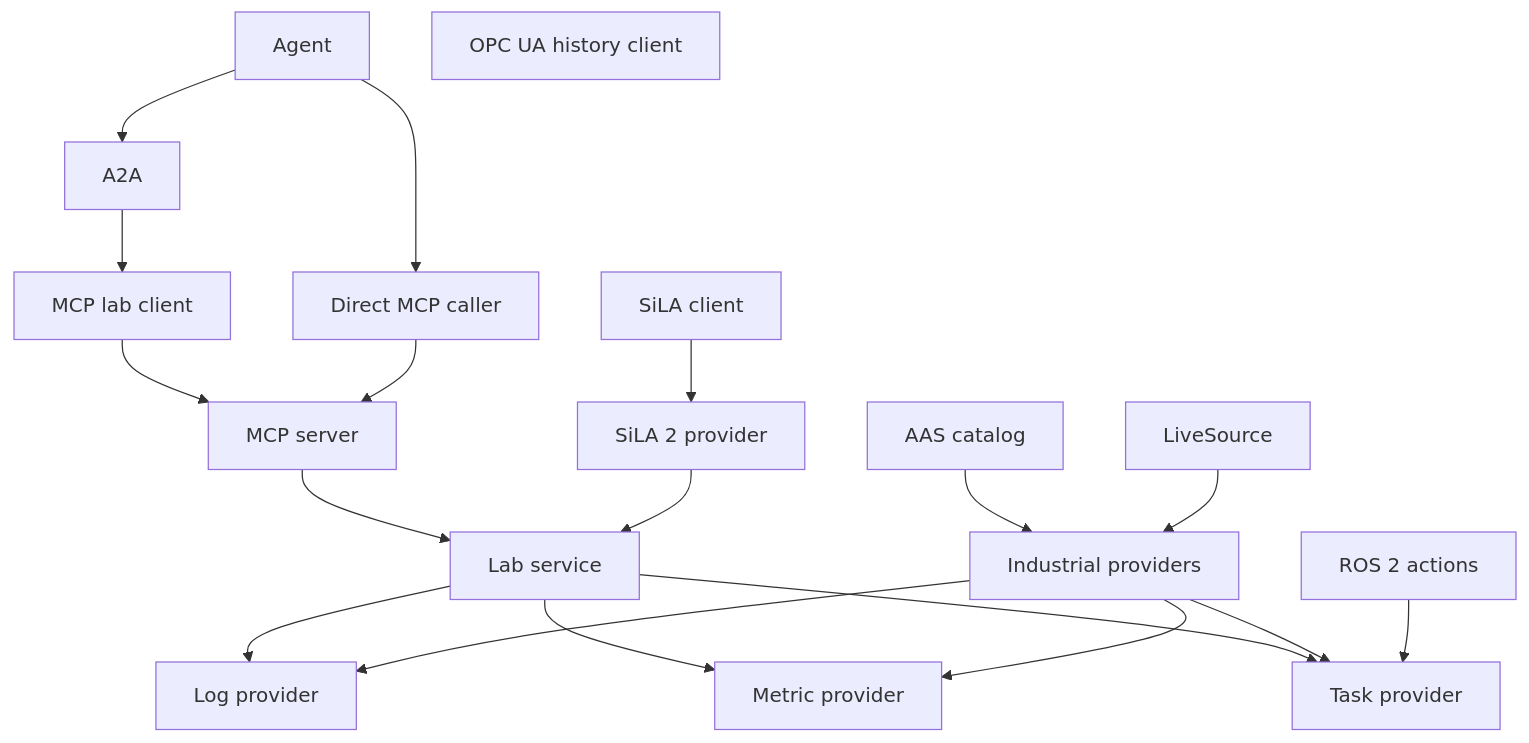
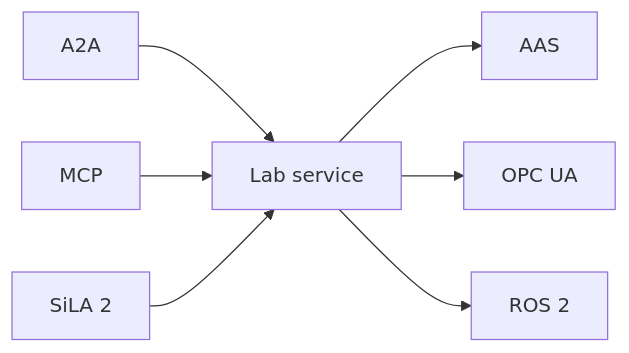
The diagram in backlog/docs/overview/doc-10 - Lab-dev-kit-overview.md (A3Analytics/a2a-lab-dev-kit-rs), drawn with Mermaid before and after one commit. The commit also changed other lines of this file and 4 other files, not shown here.

````diff
--- a/backlog/docs/overview/doc-10 - Lab-dev-kit-overview.md
+++ b/backlog/docs/overview/doc-10 - Lab-dev-kit-overview.md
@@ -23,23 +19,11 @@
 ```mermaid
-flowchart TD
-  accTitle: Standards around the lab service
-  accDescr: An agent calls A2A or MCP. A2A calls the MCP lab client, and that client and a direct MCP caller reach the MCP server. The MCP server and the SiLA 2 provider call the lab service. The lab service calls the log, metric, and task providers. The AAS catalog and LiveSource feed the industrial providers, which fill those roles. ROS 2 actions supply tasks. The OPC UA history client stays separate from LiveSource.
-  agent["Agent"] --> a2a["A2A"]
-  agent --> mcpCaller["Direct MCP caller"]
-  a2a --> mcpLab["MCP lab client"]
-  mcpLab --> mcpServer["MCP server"]
-  mcpCaller --> mcpServer
-  mcpServer --> labService["Lab service"]
-  silaClient["SiLA client"] --> silaProvider["SiLA 2 provider"]
-  silaProvider --> labService
-  labService --> logProvider["Log provider"]
-  labService --> metricProvider["Metric provider"]
-  labService --> taskProvider["Task provider"]
-  aasCatalog["AAS catalog"] --> industrial["Industrial providers"]
-  liveSource["LiveSource"] --> industrial
-  industrial --> logProvider
-  industrial --> metricProvider
-  industrial --> taskProvider
-  rosActions["ROS 2 actions"] --> taskProvider
-  opcHistory["OPC UA history client"]
+flowchart LR
+  accTitle: A2A-LAB devkit
+  accDescr: A2A, MCP, and SiLA 2 call the lab service. The lab service uses AAS, OPC UA, and ROS 2.
+  a2a["A2A"] --> lab["Lab service"]
+  mcp["MCP"] --> lab
+  sila["SiLA 2"] --> lab
+  lab --> aas["AAS"]
+  lab --> opc["OPC UA"]
+  lab --> ros["ROS 2"]
 ```
````
